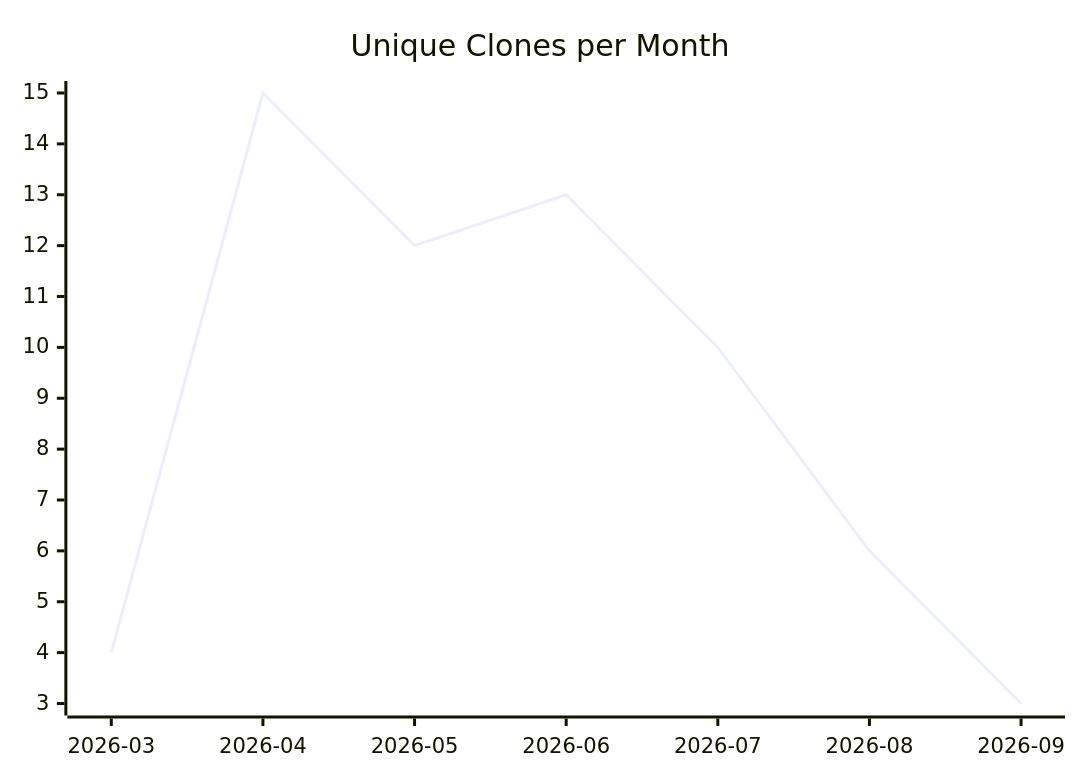
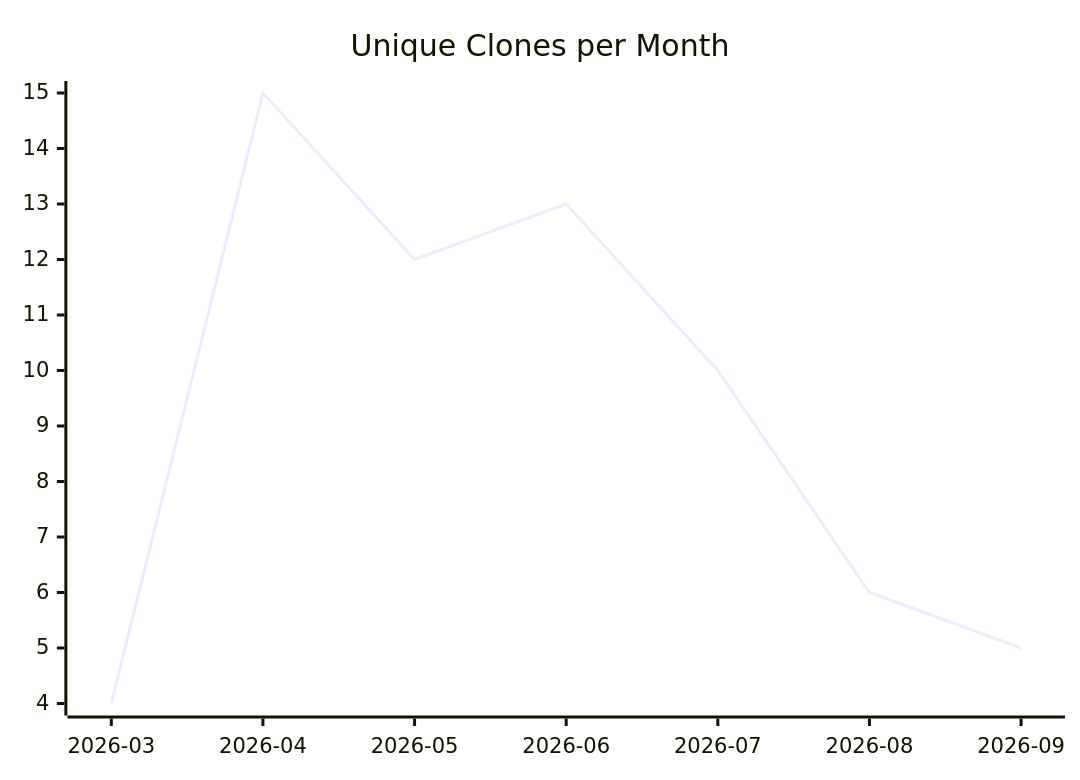
One commit to justdavis-family/github-analytics-data changed the third of 3 diagrams in karlmdavis/ansible-role-bind-dns/README.md. Above: the diagram before and after it, drawn with Mermaid. The commit also changed other lines of this file and 191 other files, not shown here.

````diff
--- a/karlmdavis/ansible-role-bind-dns/README.md
+++ b/karlmdavis/ansible-role-bind-dns/README.md
@@ -19,6 +19,6 @@
 ```mermaid
 xychart-beta
   title "Unique Clones per Month"
   x-axis ["2026-03", "2026-04", "2026-05", "2026-06", "2026-07", "2026-08", "2026-09"]
-  line [4, 15, 12, 13, 10, 6, 3]
+  line [4, 15, 12, 13, 10, 6, 5]
 ```
````
